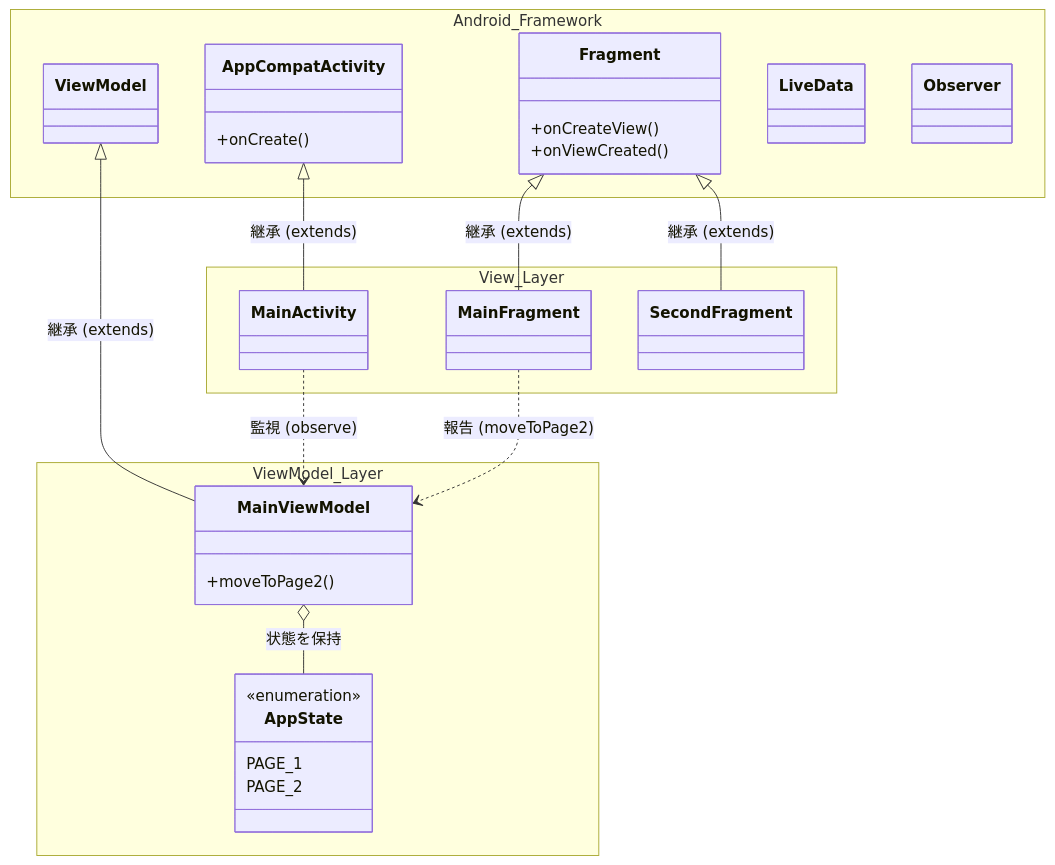
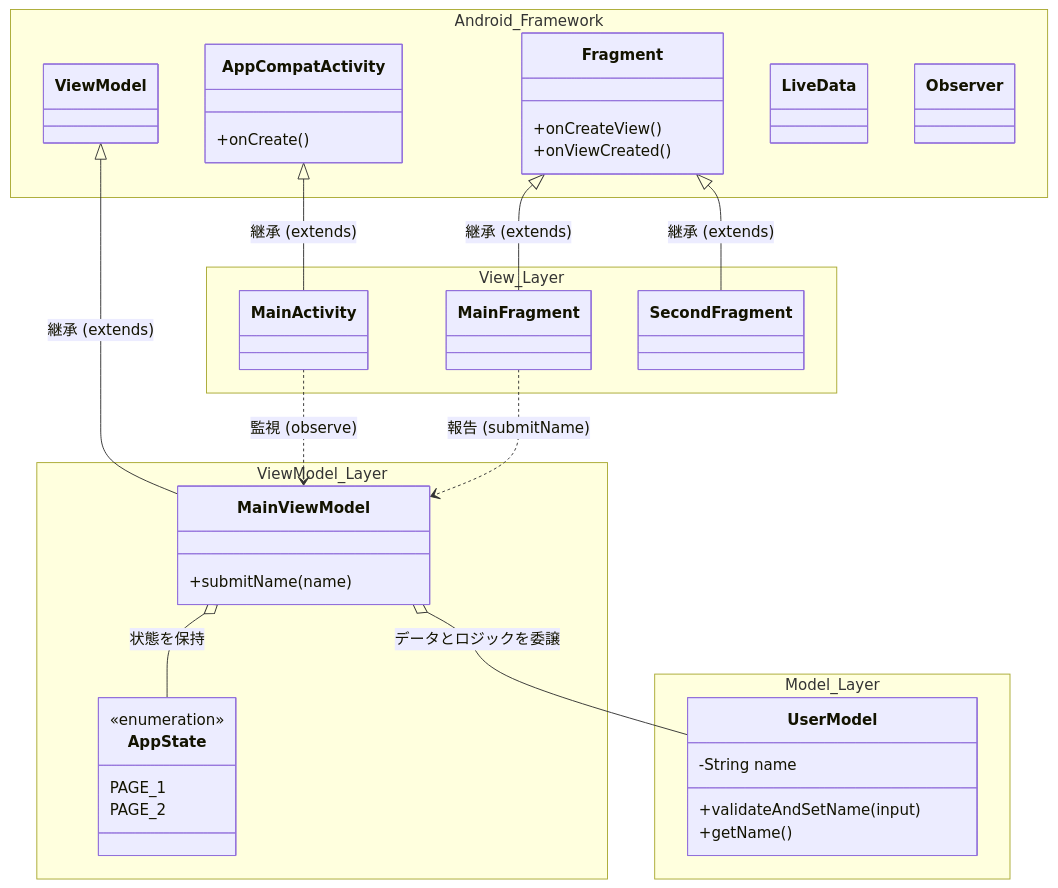
The first of 3 diagrams in README.md (rotani/android-study), drawn with Mermaid before and after one commit. The commit also changed other lines of this file and 6 other files, not shown here.

````diff
--- a/README.md
+++ b/README.md
@@ -7,41 +7,50 @@
 ```mermaid
 classDiagram
     namespace Android_Framework {
         class AppCompatActivity {
             +onCreate()
         }
         class Fragment {
             +onCreateView()
             +onViewCreated()
         }
         class ViewModel
         class LiveData
         class Observer
     }
 
     namespace View_Layer {
         class MainActivity
         class MainFragment
         class SecondFragment
     }
     
     namespace ViewModel_Layer {
         class MainViewModel {
-            +moveToPage2()
+            +submitName(name)
         }
         class AppState {
             <<enumeration>>
             PAGE_1
             PAGE_2
+        }
+    }
+
+    namespace Model_Layer {
+        class UserModel {
+            -String name
+            +validateAndSetName(input)
+            +getName()
         }
     }
     
     AppCompatActivity <|-- MainActivity : 継承 (extends)
     Fragment <|-- MainFragment : 継承 (extends)
     Fragment <|-- SecondFragment : 継承 (extends)
     ViewModel <|-- MainViewModel : 継承 (extends)
     
     MainActivity ..> MainViewModel : 監視 (observe)
-    MainFragment ..> MainViewModel : 報告 (moveToPage2)
+    MainFragment ..> MainViewModel : 報告 (submitName)
     MainViewModel o-- AppState : 状態を保持
+    MainViewModel o-- UserModel : データとロジックを委譲
 ```
````
